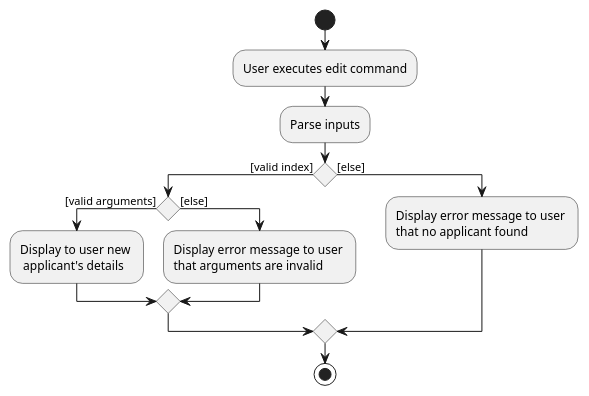
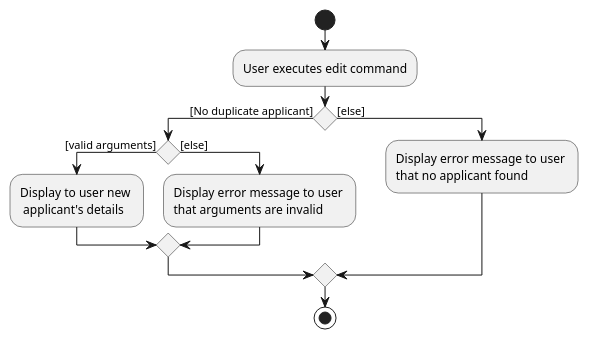
One commit to zzhikai/tp changed the diagram in docs/diagrams/EditActivityDiagram.puml. Above: the diagram before and after it, drawn with PlantUML. The commit also changed 1 other file, not shown here.

Commit message:
update edit activity diagram

```diff
--- a/docs/diagrams/EditActivityDiagram.puml
+++ b/docs/diagrams/EditActivityDiagram.puml
@@ -1,19 +1,18 @@
 @startuml
 'https://plantuml.com/activity-diagram-beta
 
 start
 :User executes edit command;
-:Parse inputs;
-if () then ([valid index])
+if () then ([No duplicate applicant])
     if () then ([valid arguments])
     :Display to user new \n applicant's details;
     else ([else])
     :Display error message to user \nthat arguments are invalid;
     endif
 else ([else])
 :Display error message to user \nthat no applicant found;
 endif
 
 stop
 
 @enduml
```
